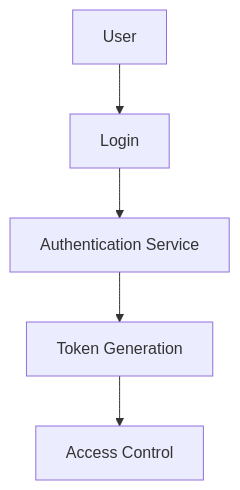
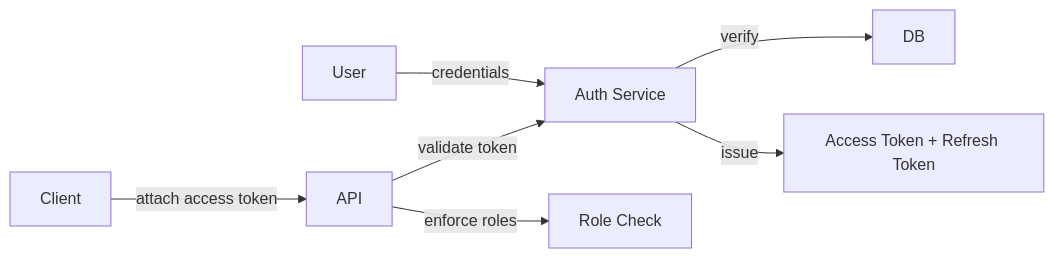
One commit to BhashkarKumar2/JustUs changed the third of 5 diagrams in README.md. Above: the diagram before and after it, drawn with Mermaid. The commit also changed other lines of this file, not shown here.

````diff
--- a/README.md
+++ b/README.md
@@ -29,7 +128,9 @@
 ```mermaid
-graph TD
-    A[User] --> B[Login]
-    B --> C[Authentication Service]
-    C --> D[Token Generation]
-    D --> E[Access Control]
+graph LR
+  U[User] -->|credentials| AuthSvc[Auth Service]
+  AuthSvc -->|verify| DB
+  AuthSvc -->|issue| JWT[Access Token + Refresh Token]
+  Client -->|attach access token| API
+  API -->|validate token| AuthSvc
+  API -->|enforce roles| RBAC[Role Check]
 ```
````
